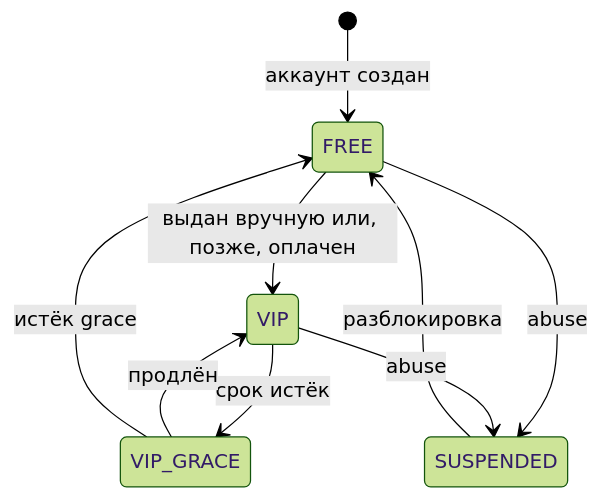
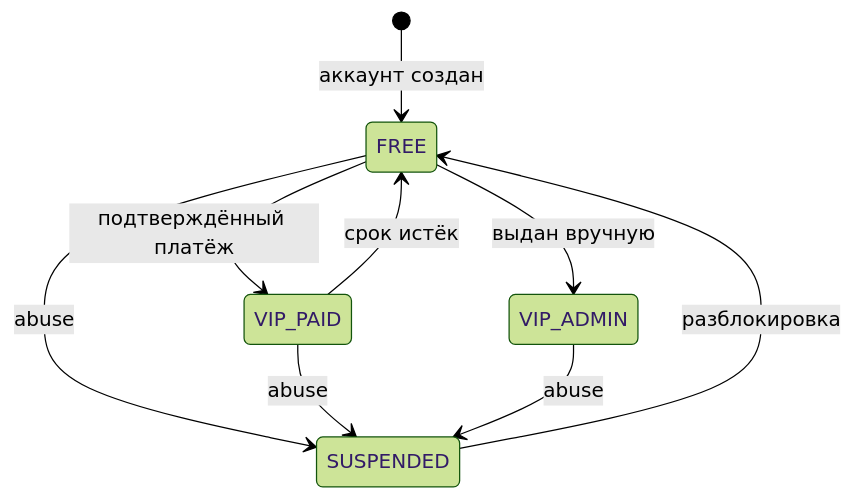
The first of 2 diagrams in docs/architecture/entitlement-model.md (ai-zaytsev/simple), drawn with Mermaid (forest theme) before and after one commit. The commit also changed other lines of this file and 34 other files, not shown here.

````diff
--- a/docs/architecture/entitlement-model.md
+++ b/docs/architecture/entitlement-model.md
@@ -58,11 +58,11 @@
 ```mermaid
 stateDiagram-v2
     [*] --> FREE: аккаунт создан
-    FREE --> VIP: выдан вручную или, позже, оплачен
-    VIP --> VIP_GRACE: срок истёк
-    VIP_GRACE --> VIP: продлён
-    VIP_GRACE --> FREE: истёк grace
+    FREE --> VIP_PAID: подтверждённый платёж
+    FREE --> VIP_ADMIN: выдан вручную
+    VIP_PAID --> FREE: срок истёк
     FREE --> SUSPENDED: abuse
-    VIP --> SUSPENDED: abuse
+    VIP_PAID --> SUSPENDED: abuse
+    VIP_ADMIN --> SUSPENDED: abuse
     SUSPENDED --> FREE: разблокировка
 ```
````
